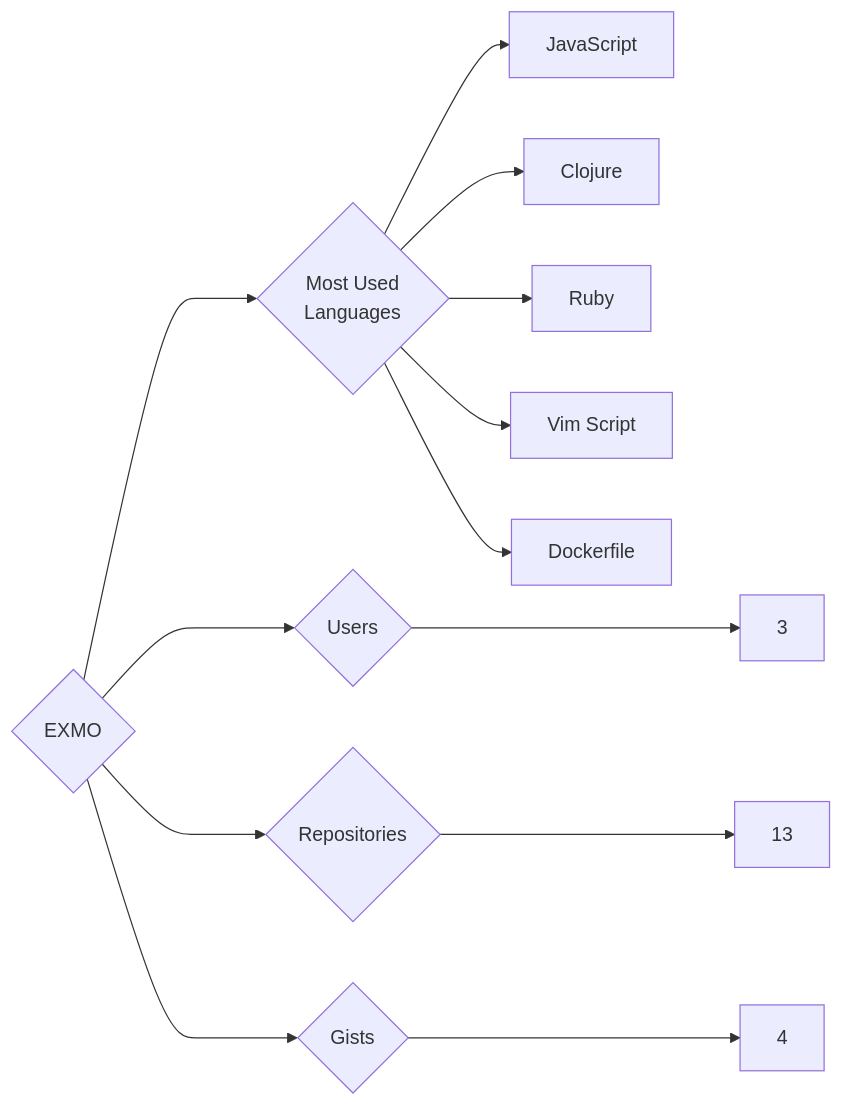
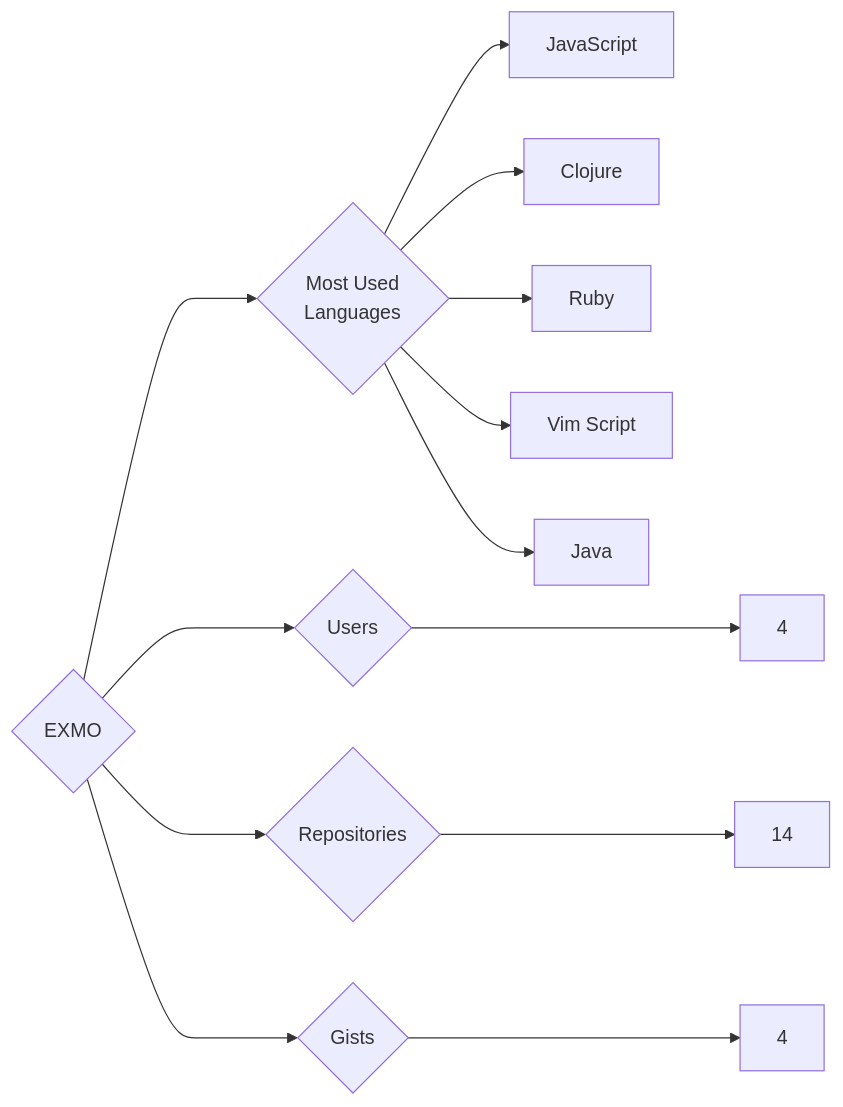
Before and after one commit to trickest/insiders: the diagram in targets/EXMO/README.md, drawn with Mermaid. The commit also changed 859 other files, not shown here.

````diff
--- a/targets/EXMO/README.md
+++ b/targets/EXMO/README.md
@@ -3,13 +3,13 @@
 ```mermaid
 graph LR
 COMPANY_NAME{EXMO}
-COMPANY_NAME ---> U{Users} ---> UN[3]
-COMPANY_NAME ---> R{Repositories} ---> RN[13]
+COMPANY_NAME ---> U{Users} ---> UN[4]
+COMPANY_NAME ---> R{Repositories} ---> RN[14]
 COMPANY_NAME ---> G{Gists} ---> GN[4]
 COMPANY_NAME ---> ML{Most Used<br>Languages}
 ML --> JavaScript[JavaScript]
 ML --> Clojure[Clojure]
 ML --> Ruby[Ruby]
 ML --> Vim_Script[Vim Script]
-ML --> Dockerfile[Dockerfile]
+ML --> Java[Java]
 ```
````
